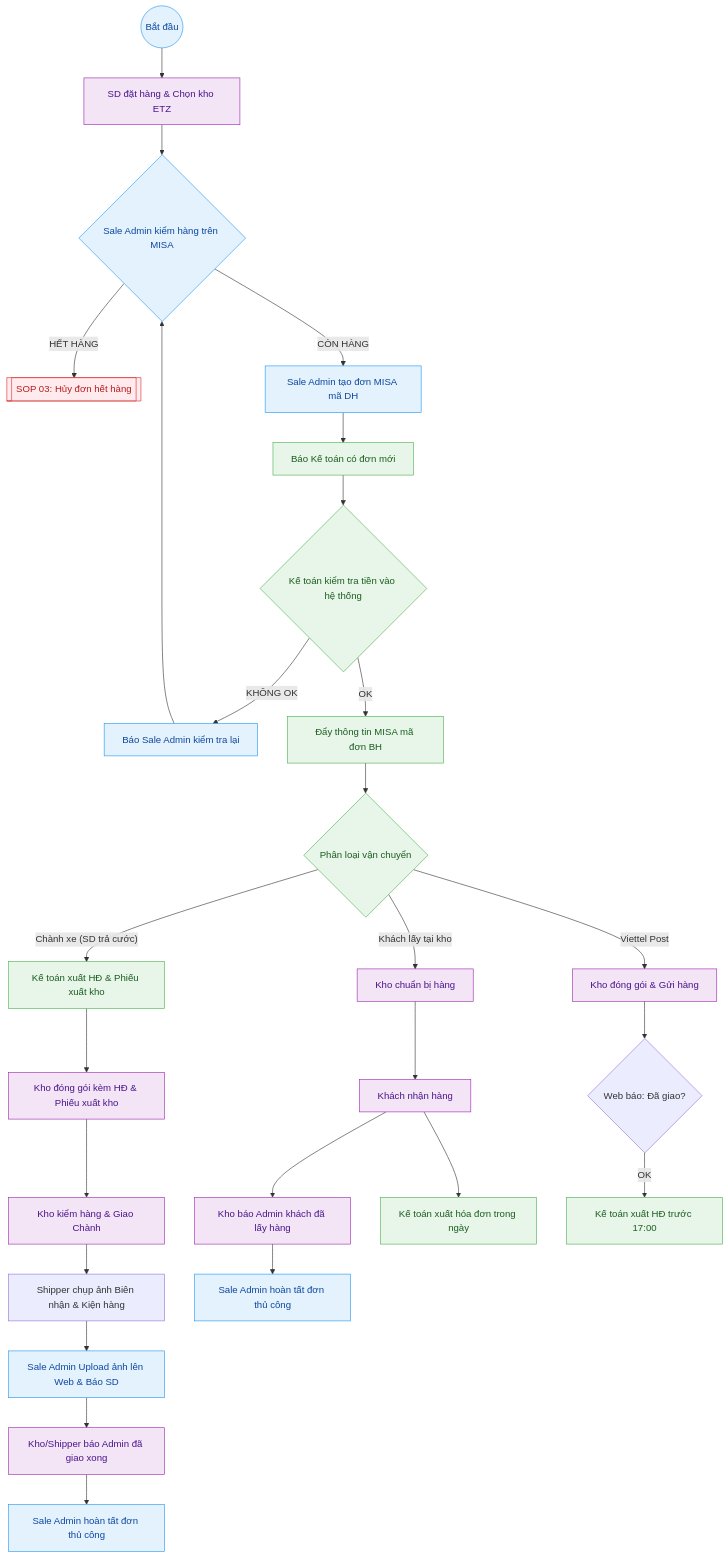
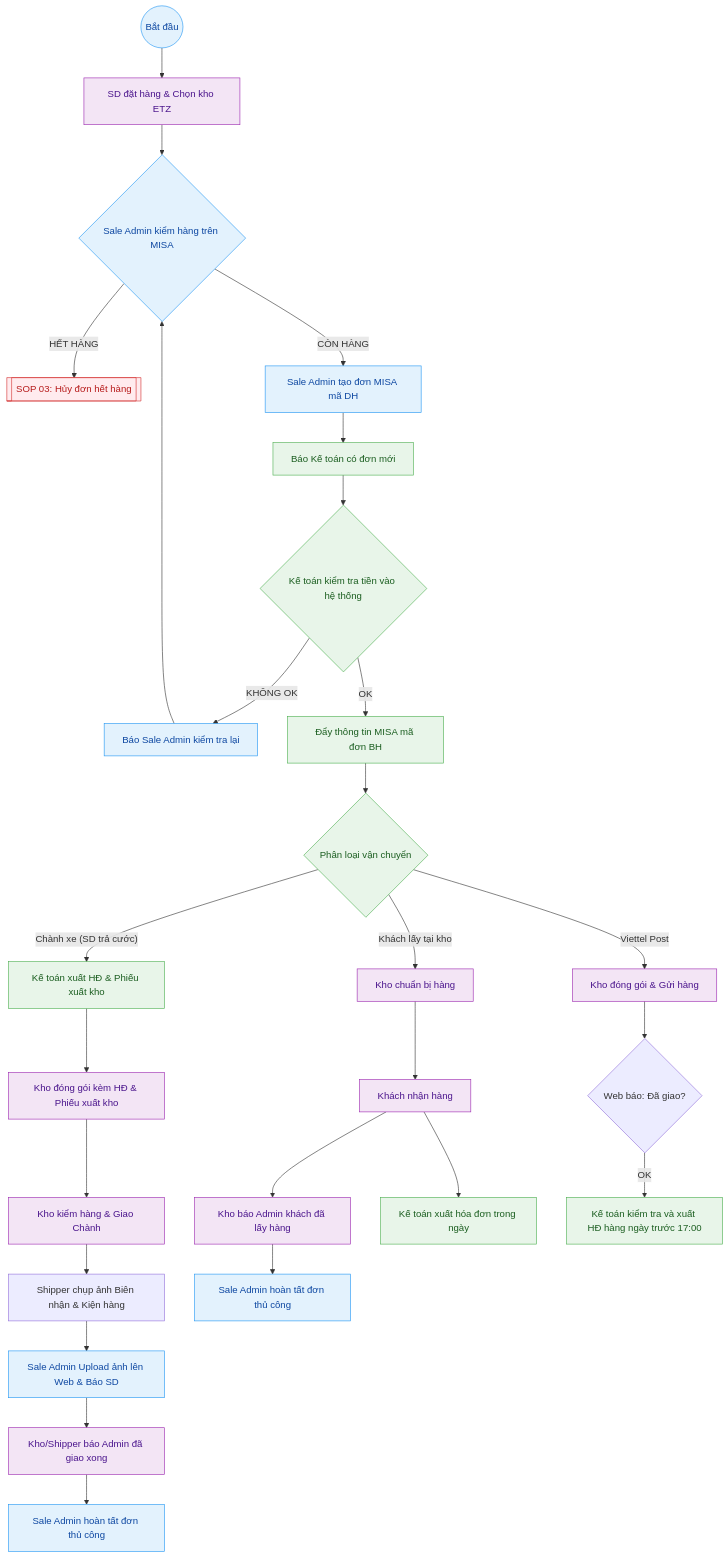
The diagram in src/site/notes/01_TONG_QUAN_LY_DU_AN/2_PHONG_VAN_HANH/SOP_2_Xu_Ly_Don_Hang_Chuan.md (babaduoc/digitalgarden), drawn with Mermaid before and after one commit.

Commit message:
Published multiple files

````diff
--- a/src/site/notes/01_TONG_QUAN_LY_DU_AN/2_PHONG_VAN_HANH/SOP_2_Xu_Ly_Don_Hang_Chuan.md
+++ b/src/site/notes/01_TONG_QUAN_LY_DU_AN/2_PHONG_VAN_HANH/SOP_2_Xu_Ly_Don_Hang_Chuan.md
@@ -22,54 +22,54 @@
 ```mermaid
 graph TD
     %% Định nghĩa bảng màu Pastel nguyên bản (Classic Style) %%
     classDef sd fill:#F3E5F5,stroke:#9C27B0,color:#4A148C;
     classDef sale_admin fill:#E3F2FD,stroke:#2196F3,color:#0D47A1;
     classDef acc fill:#E8F5E9,stroke:#4CAF50,color:#1B5E20;
     classDef wh fill:#FFF3E0,stroke:#FF9800,color:#E65100;
     classDef error fill:#FFEBEE,stroke:#D32F2F,color:#B71C1C;
 
     Start((Bắt đầu)) --> SD_Order[SD đặt hàng & Chọn kho ETZ]
     
     %% Vai trò Sale Admin %%
     SD_Order --> SaleAdmin_Check{Sale Admin kiểm hàng trên MISA}
     
     SaleAdmin_Check -- "HẾT HÀNG" --> OutOfStock[["SOP 03: Hủy đơn hết hàng"]]
     click OutOfStock "/01-tong-quan-ly-du-an/2-phong-van-hanh/sop-3-huy-don-het-hang/"
     SaleAdmin_Check -- "CÒN HÀNG" --> SaleAdmin_DH[Sale Admin tạo đơn MISA mã DH]
     SaleAdmin_DH --> Acc_Notify[Báo Kế toán có đơn mới]
 
     %% Vai trò Kế toán %%
     Acc_Notify --> Acc_CheckMoney{Kế toán kiểm tra tiền vào hệ thống}
     
     Acc_CheckMoney -- "KHÔNG OK" --> Acc_Reject[Báo Sale Admin kiểm tra lại]
     Acc_Reject --> SaleAdmin_Check
     
     Acc_CheckMoney -- "OK" --> Acc_BH[Đẩy thông tin MISA mã đơn BH]
     Acc_BH --> Ship_Type{Phân loại vận chuyển}
 
     %% Nhánh Chành xe %%
     Ship_Type -- "Chành xe (SD trả cước)" --> Acc_Inv_1[Kế toán xuất HĐ & Phiếu xuất kho]
     Acc_Inv_1 --> WH_Pack_1[Kho đóng gói kèm HĐ & Phiếu xuất kho]
     WH_Pack_1 --> WH_Check[Kho kiểm hàng & Giao Chành]
     WH_Check --> WH_Photo[Shipper chụp ảnh Biên nhận & Kiện hàng]
     WH_Photo --> Admin_Upload[Sale Admin Upload ảnh lên Web & Báo SD]
     Admin_Upload --> WH_Confirm[Kho/Shipper báo Admin đã giao xong]
     WH_Confirm --> Admin_Finish_1[Sale Admin hoàn tất đơn thủ công]
 
     %% Nhánh Tại kho %%
     Ship_Type -- "Khách lấy tại kho" --> WH_Pack_2[Kho chuẩn bị hàng]
     WH_Pack_2 --> SD_Pick[Khách nhận hàng]
     SD_Pick --> WH_Confirm_2[Kho báo Admin khách đã lấy hàng]
     WH_Confirm_2 --> Admin_Finish_2[Sale Admin hoàn tất đơn thủ công]
     SD_Pick --> Acc_Inv_2[Kế toán xuất hóa đơn trong ngày]
 
     %% Nhánh Viettel Post %%
     Ship_Type -- "Viettel Post" --> WH_Pack_3[Kho đóng gói & Gửi hàng]
     WH_Pack_3 --> API_Delivered{Web báo: Đã giao?}
-    API_Delivered -- OK --> Acc_Inv_3[Kế toán xuất HĐ trước 17:00]
+    API_Delivered -- OK --> Acc_Inv_3[Kế toán kiểm tra và xuất HĐ hàng ngày trước 17:00]
 
     class SD_Order,SD_Pick,WH_Pack_1,WH_Pack_2,WH_Pack_3,WH_Check,WH_Confirm,WH_Confirm_2 sd;
     class Start,SaleAdmin_Check,SaleAdmin_DH,Acc_Reject,Admin_Upload,Admin_Finish_1,Admin_Finish_2 sale_admin;
     class Acc_Notify,Acc_CheckMoney,Acc_BH,Ship_Type,Acc_Inv_1,Acc_Inv_2,Acc_Inv_3 acc;
     class OutOfStock error;
 ```
````
